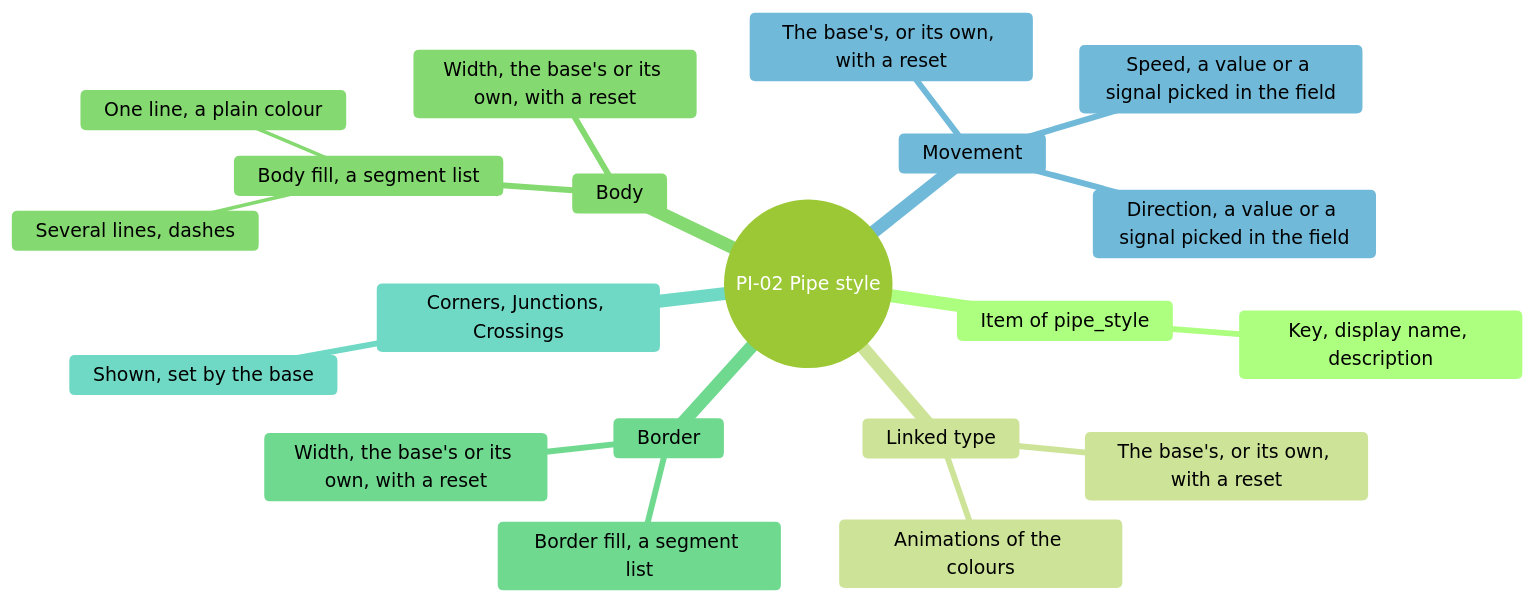
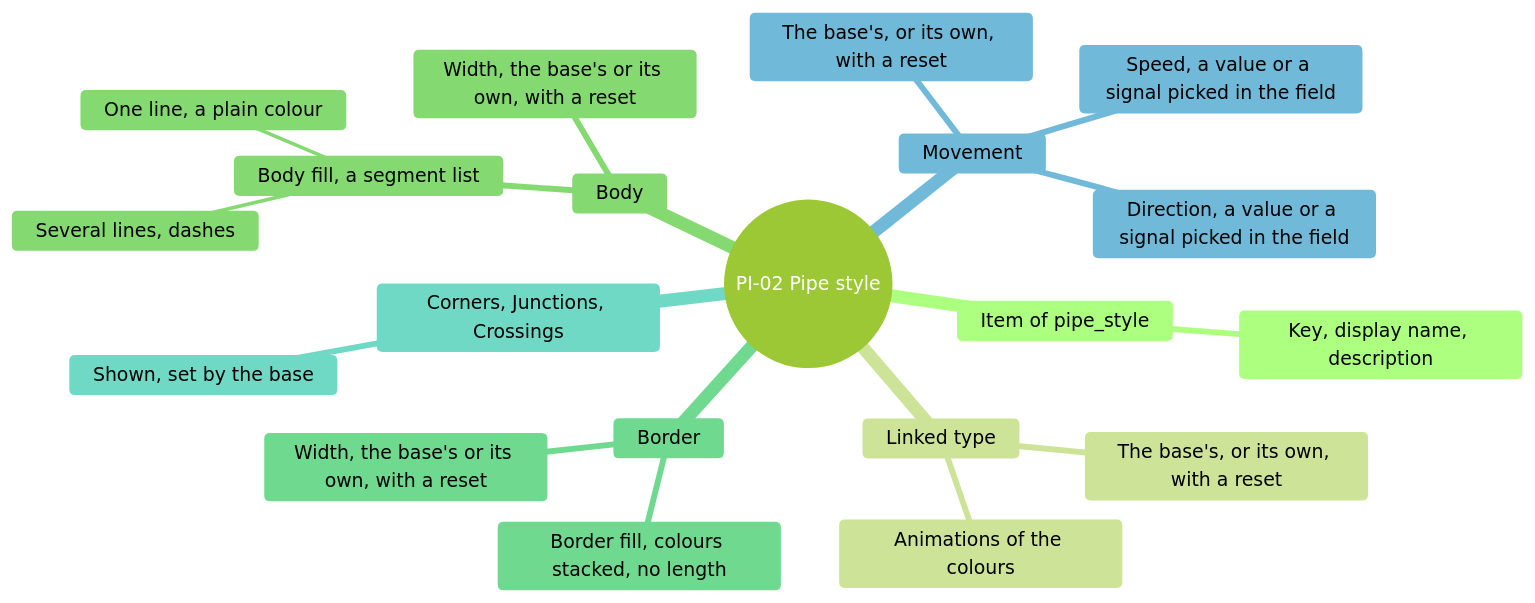
The fourth of 6 diagrams in screens/pipes.md (AlexandreGallais/synoptic-studio-spec), drawn with Mermaid (forest theme) before and after one commit. The commit also changed other lines of this file and 32 other files, not shown here.

````diff
--- a/screens/pipes.md
+++ b/screens/pipes.md
@@ -94,23 +94,23 @@
 ```mermaid
 mindmap
   root((PI-02 Pipe style))
     Item of pipe_style
       Key, display name, description
     Linked type
       The base's, or its own, with a reset
       Animations of the colours
     Body
       Width, the base's or its own, with a reset
       Body fill, a segment list
         One line, a plain colour
         Several lines, dashes
     Border
       Width, the base's or its own, with a reset
-      Border fill, a segment list
+      Border fill, colours stacked, no length
     Corners, Junctions, Crossings
       Shown, set by the base
     Movement
       The base's, or its own, with a reset
       Direction, a value or a signal picked in the field
       Speed, a value or a signal picked in the field
 ```
````
